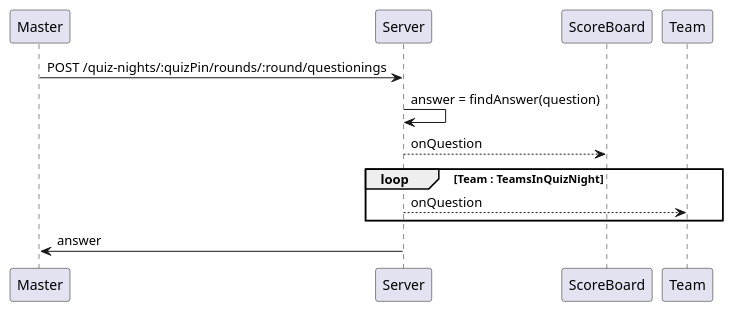
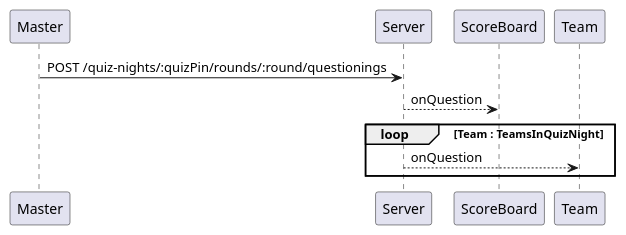
Before and after one commit to TomVermeer/dwaquiz: the second of 2 diagrams in docs/apiDocs.md, drawn with PlantUML. The commit also changed other lines of this file and 4 other files, not shown here.

````diff
--- a/docs/apiDocs.md
+++ b/docs/apiDocs.md
@@ -313,15 +313,12 @@
 ```puml
 @startuml
 
 Master -> Server : POST /quiz-nights/:quizPin/rounds/:round/questionings
-Server -> Server : answer = findAnswer(question)
 Server --> ScoreBoard : onQuestion
 
 loop Team : TeamsInQuizNight
     Server --> Team : onQuestion
 end
 
-Master <- Server : answer
-
 @enduml
 ```
````
